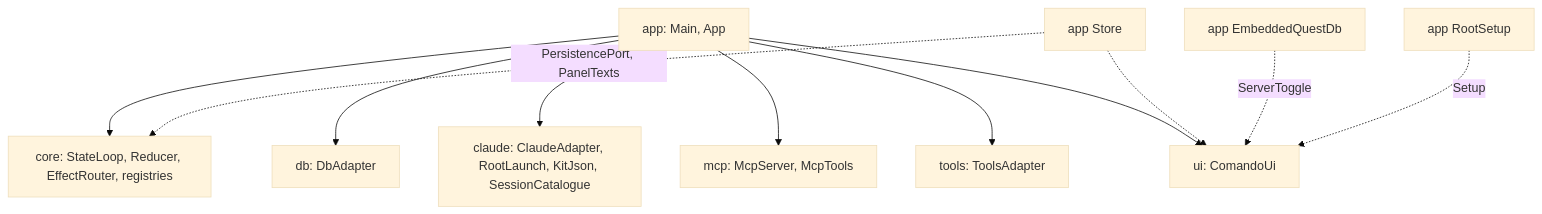
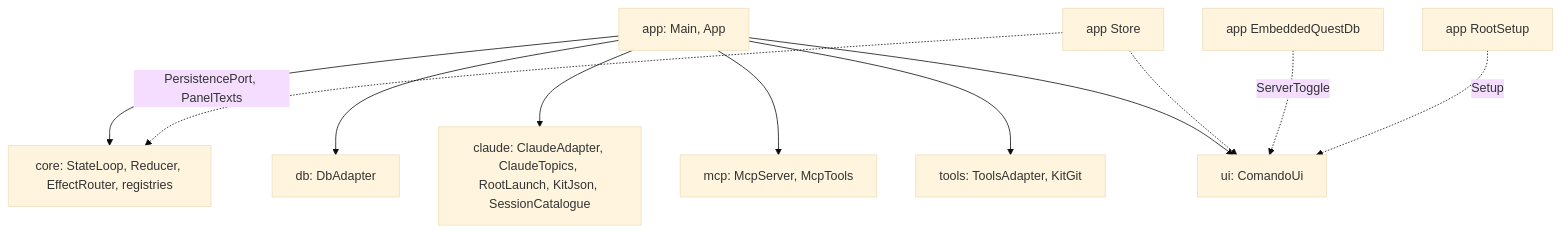
The diagram in app/README.md (marregui/comando), drawn with Mermaid (base theme) before and after one commit. The commit also changed other lines of this file and 138 other files, not shown here.

Commit message:
Docs pass with :app:docImages pictures; records 83, 85-90 accepted; ~ in the data root

````diff
--- a/app/README.md
+++ b/app/README.md
@@ -50,13 +68,13 @@
 ```mermaid
 flowchart TB
   APP["app: Main, App"] --> CORE["core: StateLoop, Reducer, EffectRouter, registries"]
   APP --> DB["db: DbAdapter"]
-  APP --> CL["claude: ClaudeAdapter, RootLaunch, KitJson, SessionCatalogue"]
+  APP --> CL["claude: ClaudeAdapter, ClaudeTopics, RootLaunch, KitJson, SessionCatalogue"]
   APP --> MCP["mcp: McpServer, McpTools"]
-  APP --> TO["tools: ToolsAdapter"]
+  APP --> TO["tools: ToolsAdapter, KitGit"]
   APP --> UI["ui: ComandoUi"]
   ST["app Store"] -.->|"PersistencePort, PanelTexts"| CORE
   ST -.-> UI
   Q["app EmbeddedQuestDb"] -.->|"ServerToggle"| UI
   K["app RootSetup"] -.->|"Setup"| UI
 ```
````
